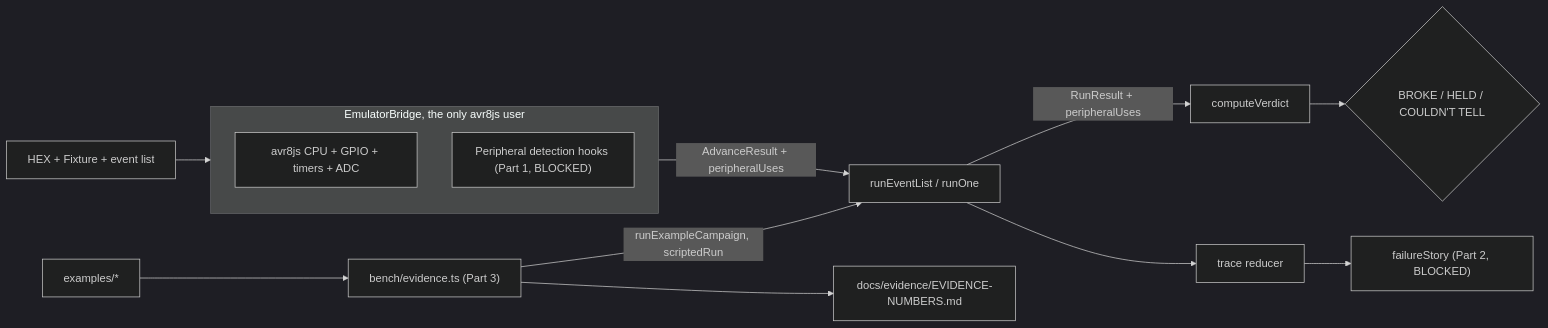
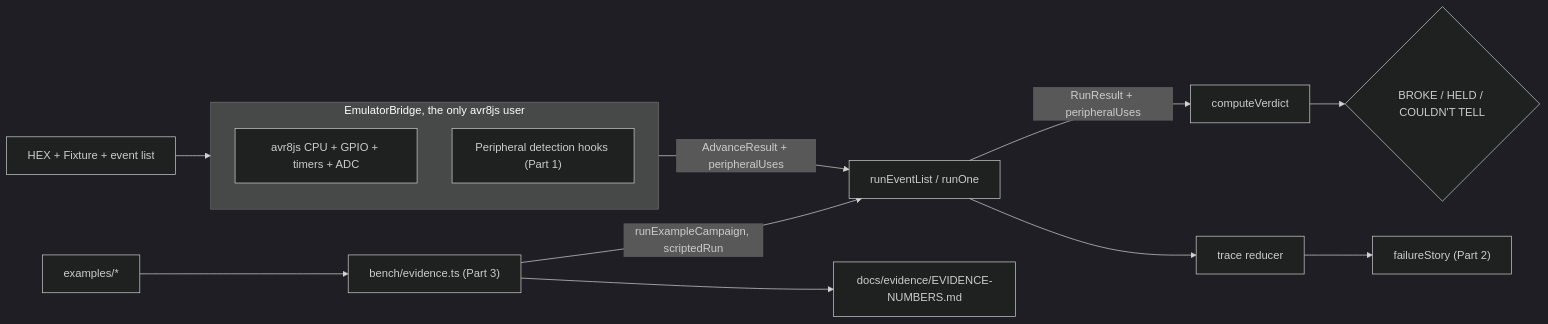
Before and after one commit to lainx06/Hexorcist: the diagram in .kiro/specs/honest-verdicts/design.md, drawn with Mermaid (dark theme). The commit also changed other lines of this file and 37 other files, not shown here.

Commit message:
feat(engine): unmodelled peripheral use gives COULDN'T TELL (serial, EEPROM, SPI, TWI, WDT...); story names the program, cycle, held and labels; evidence re-run unchanged

````diff
--- a/.kiro/specs/honest-verdicts/design.md
+++ b/.kiro/specs/honest-verdicts/design.md
@@ -46,16 +45,16 @@
 ```mermaid
 flowchart LR
   HEX[HEX + Fixture + event list] --> B[EmulatorBridge]
   subgraph B[EmulatorBridge, the only avr8js user]
     CPU[avr8js CPU + GPIO + timers + ADC]
-    DET["Peripheral detection hooks (Part 1, BLOCKED)"]
+    DET["Peripheral detection hooks (Part 1)"]
   end
   B -->|AdvanceResult + peripheralUses| RP[runEventList / runOne]
   RP -->|RunResult + peripheralUses| CV[computeVerdict]
   CV --> V{BROKE / HELD / COULDN'T TELL}
   RP --> RED[trace reducer]
-  RED --> FS["failureStory (Part 2, BLOCKED)"]
+  RED --> FS["failureStory (Part 2)"]
   EX[examples/*] --> EB["bench/evidence.ts (Part 3)"]
   EB -->|runExampleCampaign, scriptedRun| RP
   EB --> DOC[docs/evidence/EVIDENCE-NUMBERS.md]
 ```
````
